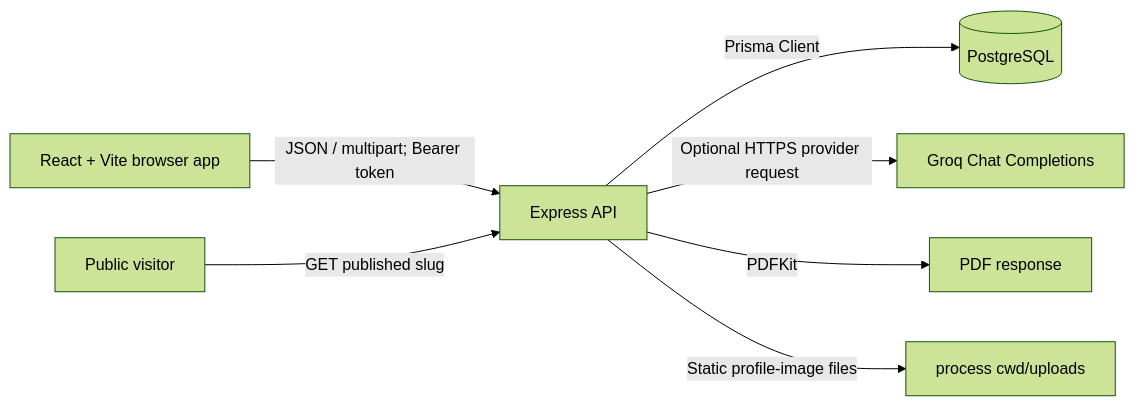
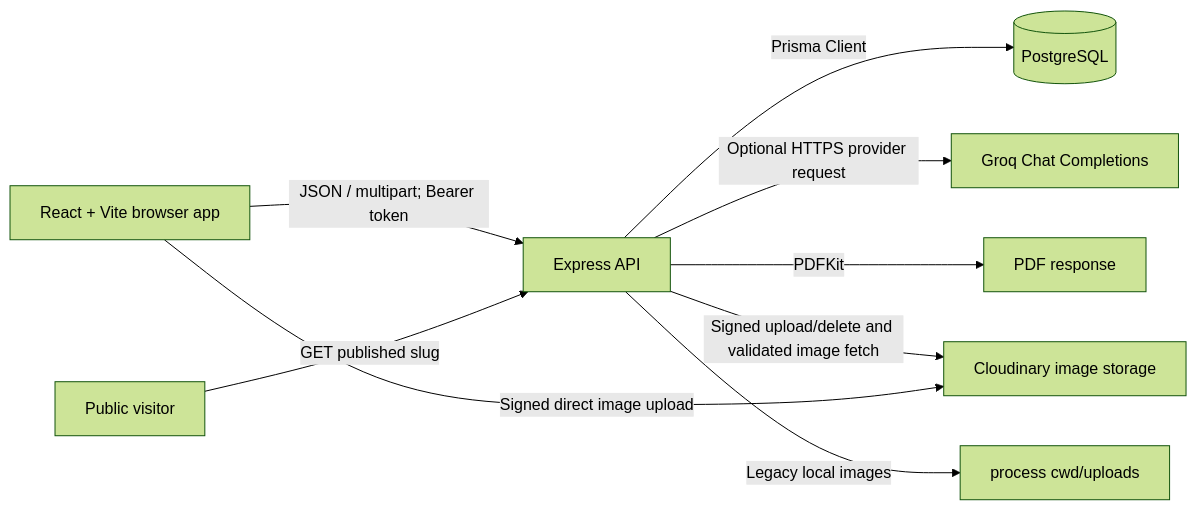
The diagram in docs/SYSTEM_DOCUMENTATION.md (mgozirafael414-eng/ai-cv-portfolio), drawn with Mermaid (forest theme) before and after one commit. The commit also changed other lines of this file and 17 other files, not shown here.

Commit message:
Prepare production deployment and Cloudinary uploads

````diff
--- a/docs/SYSTEM_DOCUMENTATION.md
+++ b/docs/SYSTEM_DOCUMENTATION.md
@@ -67,9 +67,11 @@
 ```mermaid
 flowchart LR
   Browser[React + Vite browser app] -->|JSON / multipart; Bearer token| API[Express API]
   API -->|Prisma Client| DB[(PostgreSQL)]
   API -->|Optional HTTPS provider request| Groq[Groq Chat Completions]
   API -->|PDFKit| PDF[PDF response]
-  API -->|Static profile-image files| Uploads[process cwd/uploads]
+  API -->|Signed upload/delete and validated image fetch| Cloudinary[Cloudinary image storage]
+  Browser -->|Signed direct image upload| Cloudinary
+  API -->|Legacy local images| Uploads[process cwd/uploads]
   Visitor[Public visitor] -->|GET published slug| API
 ```
````
